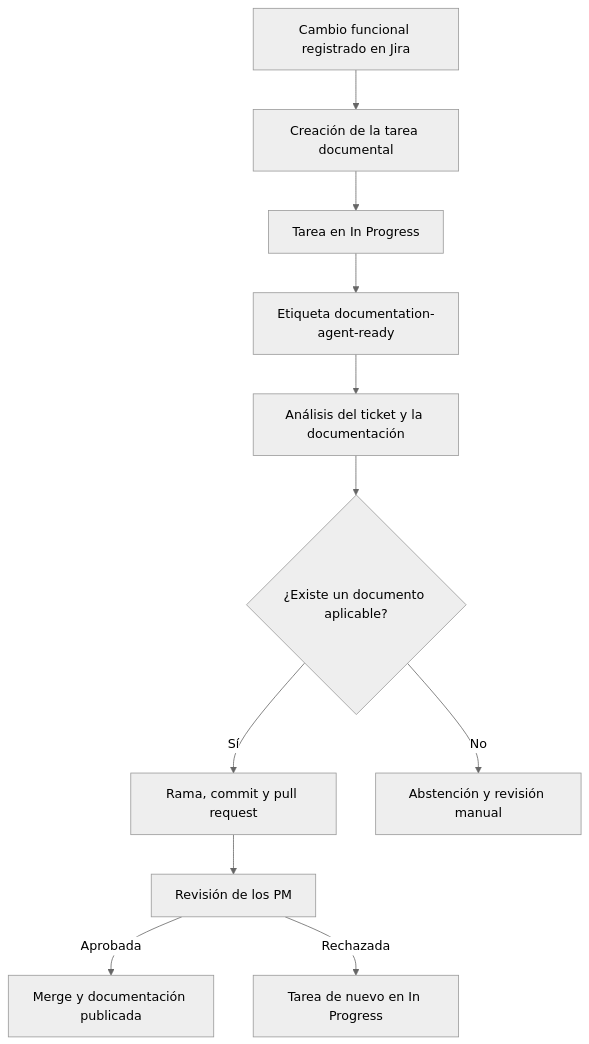
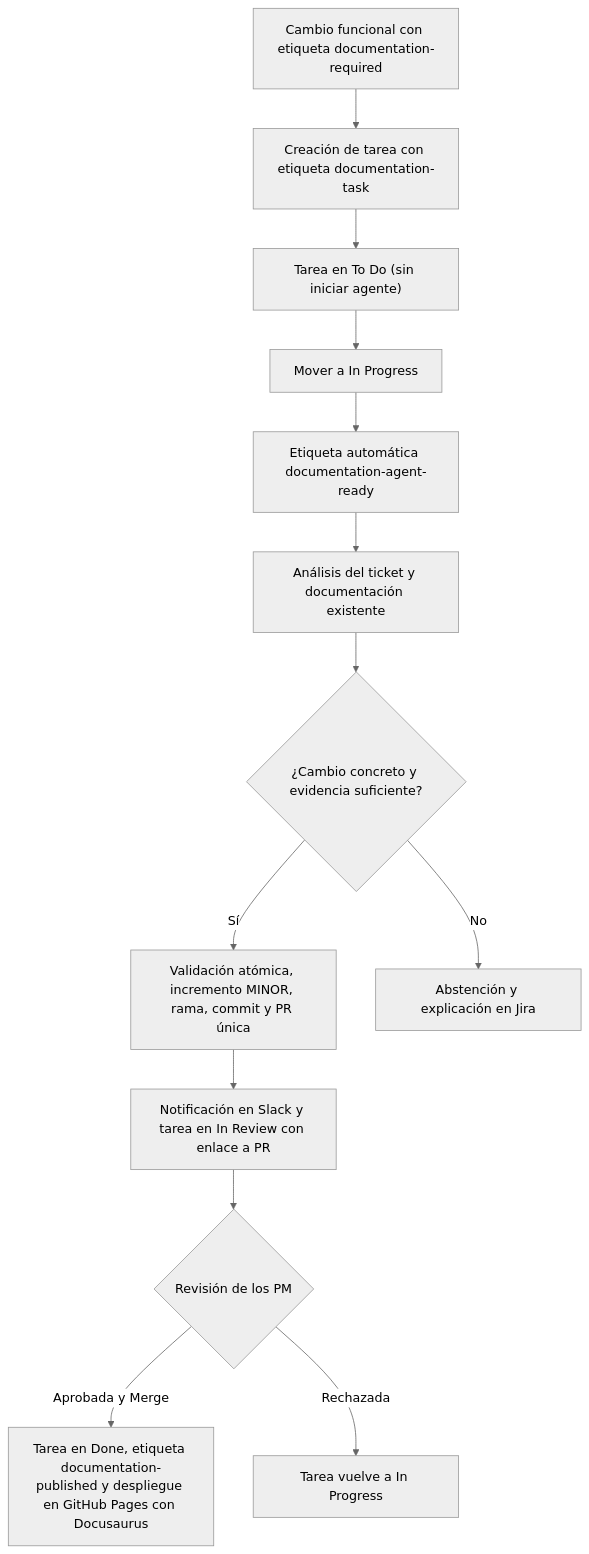
One commit to documentation-poc-Beedigital/documentation-poc changed the diagram in docs/flujo-agente-documentacion.md. Above: the diagram before and after it, drawn with Mermaid (neutral theme). The commit also changed other lines of this file, not shown here.

Commit message:
DOC-54 Apply validated documentation proposal

````diff
--- a/docs/flujo-agente-documentacion.md
+++ b/docs/flujo-agente-documentacion.md
@@ -19,13 +18,15 @@
 ```mermaid
 flowchart TD
-    A["Cambio funcional registrado en Jira"] --> B["Creación de la tarea documental"]
-    B --> C["Tarea en In Progress"]
-    C --> D["Etiqueta documentation-agent-ready"]
-    D --> E["Análisis del ticket y la documentación"]
-    E --> F{"¿Existe un documento aplicable?"}
-    F -->|Sí| G["Rama, commit y pull request"]
-    F -->|No| H["Abstención y revisión manual"]
-    G --> I["Revisión de los PM"]
-    I -->|Aprobada| J["Merge y documentación publicada"]
-    I -->|Rechazada| K["Tarea de nuevo en In Progress"]
+    A["Cambio funcional con etiqueta documentation-required"] --> B["Creación de tarea con etiqueta documentation-task"]
+    B --> C["Tarea en To Do (sin iniciar agente)"]
+    C --> D["Mover a In Progress"]
+    D --> E["Etiqueta automática documentation-agent-ready"]
+    E --> F["Análisis del ticket y documentación existente"]
+    F --> G{"¿Cambio concreto y evidencia suficiente?"}
+    G -->|Sí| H["Validación atómica, incremento MINOR, rama, commit y PR única"]
+    G -->|No| I["Abstención y explicación en Jira"]
+    H --> J["Notificación en Slack y tarea en In Review con enlace a PR"]
+    J --> K{"Revisión de los PM"}
+    K -->|Aprobada y Merge| L["Tarea en Done, etiqueta documentation-published y despliegue en GitHub Pages con Docusaurus"]
+    K -->|Rechazada| M["Tarea vuelve a In Progress"]
 ```
````
